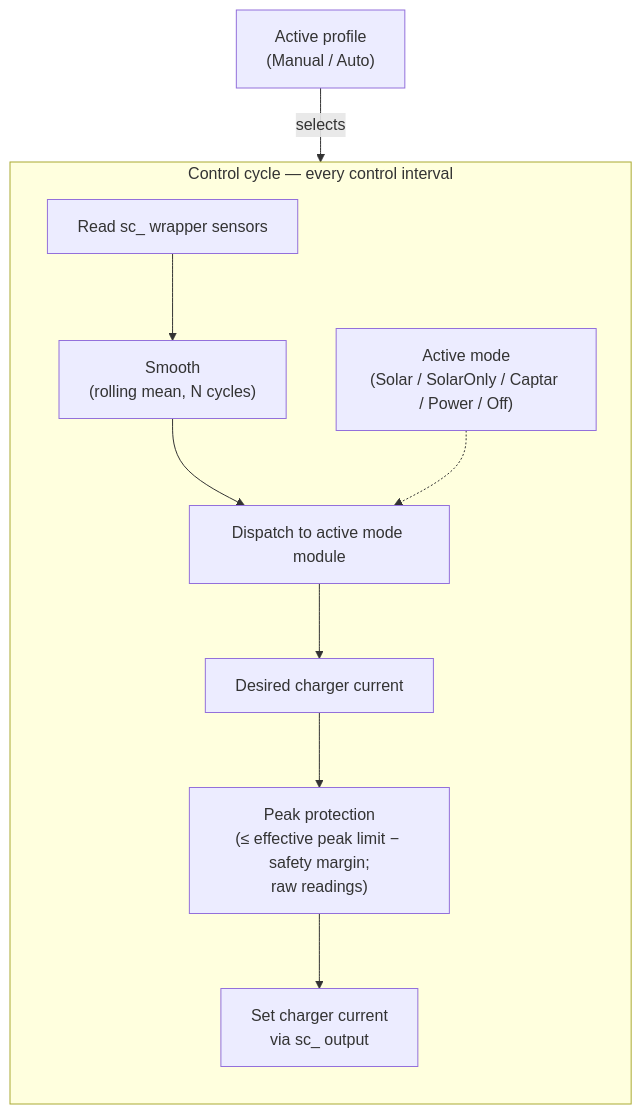
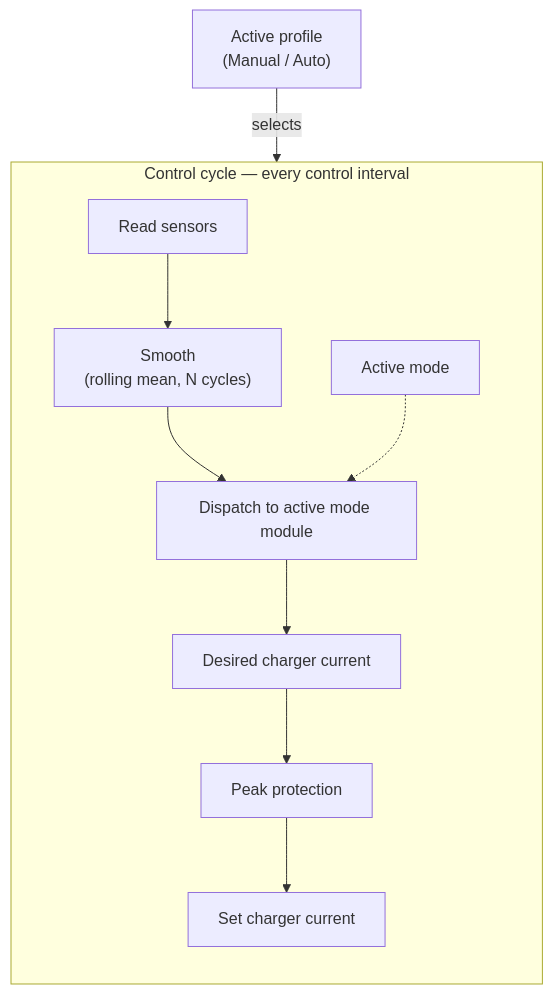
The diagram in docs/analysis/system-overview.md (kristofdegrave/homeassistant-smart-charging), drawn with Mermaid before and after one commit.

Commit message:
docs: simplify orientation diagram node labels
Trim mermaid labels for readability (mode list, sensor/output detail
live in the surrounding prose and the flow docs); fix 'currentt' typo.

````diff
--- a/docs/analysis/system-overview.md
+++ b/docs/analysis/system-overview.md
@@ -63,13 +63,13 @@
 ```mermaid
 flowchart TD
-    Profile["Active profile<br/>(Manual / Auto)"] -->|selects| Mode["Active mode<br/>(Solar / SolarOnly / Captar / Power / Off)"]
+    Profile["Active profile<br/>(Manual / Auto)"] -->|selects| Mode["Active mode"]
     subgraph Cycle["Control cycle — every control interval"]
         direction TB
-        Read["Read sc_ wrapper sensors"] --> Smooth["Smooth<br/>(rolling mean, N cycles)"]
+        Read["Read sensors"] --> Smooth["Smooth<br/>(rolling mean, N cycles)"]
         Smooth --> Dispatch["Dispatch to active mode module"]
         Mode -.-> Dispatch
         Dispatch --> Desired["Desired charger current"]
-        Desired --> Peak["Peak protection<br/>(≤ effective peak limit − safety margin;<br/>raw readings)"]
-        Peak --> Set["Set charger current<br/>via sc_ output"]
+        Desired --> Peak["Peak protection"]
+        Peak --> Set["Set charger current"]
     end
 ```
````
